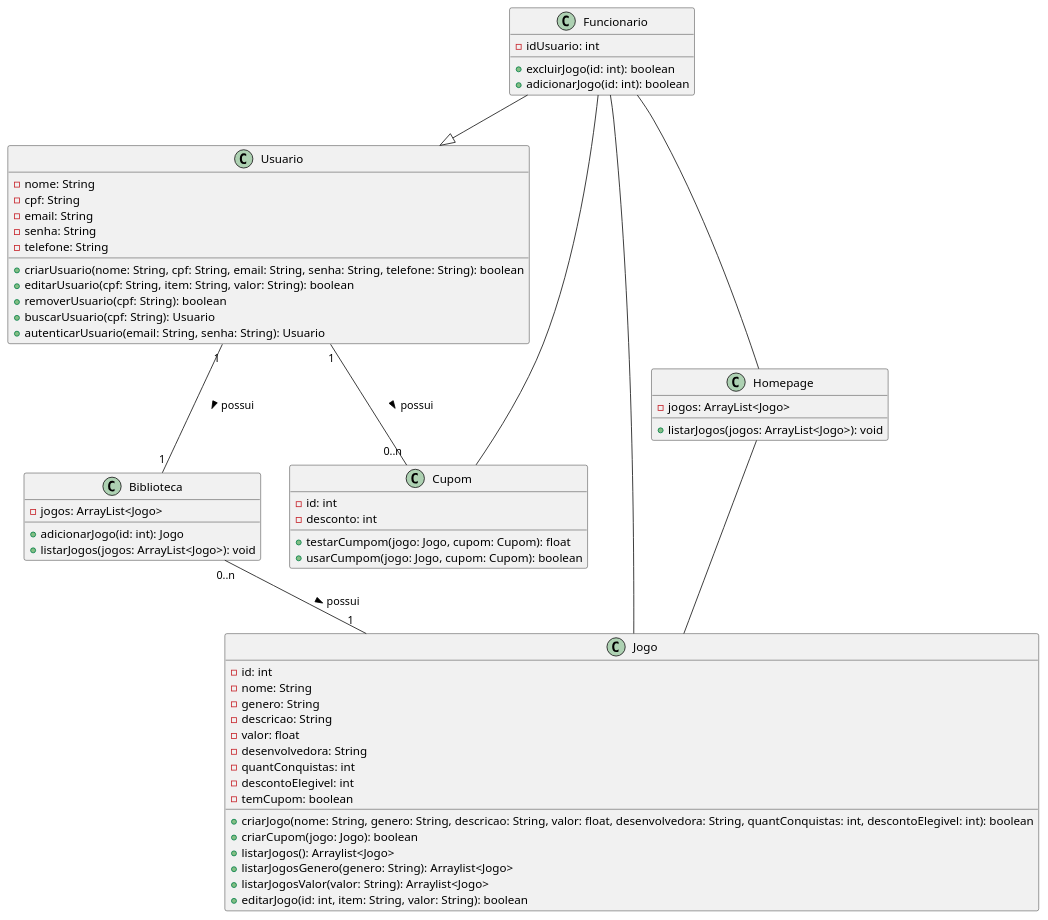
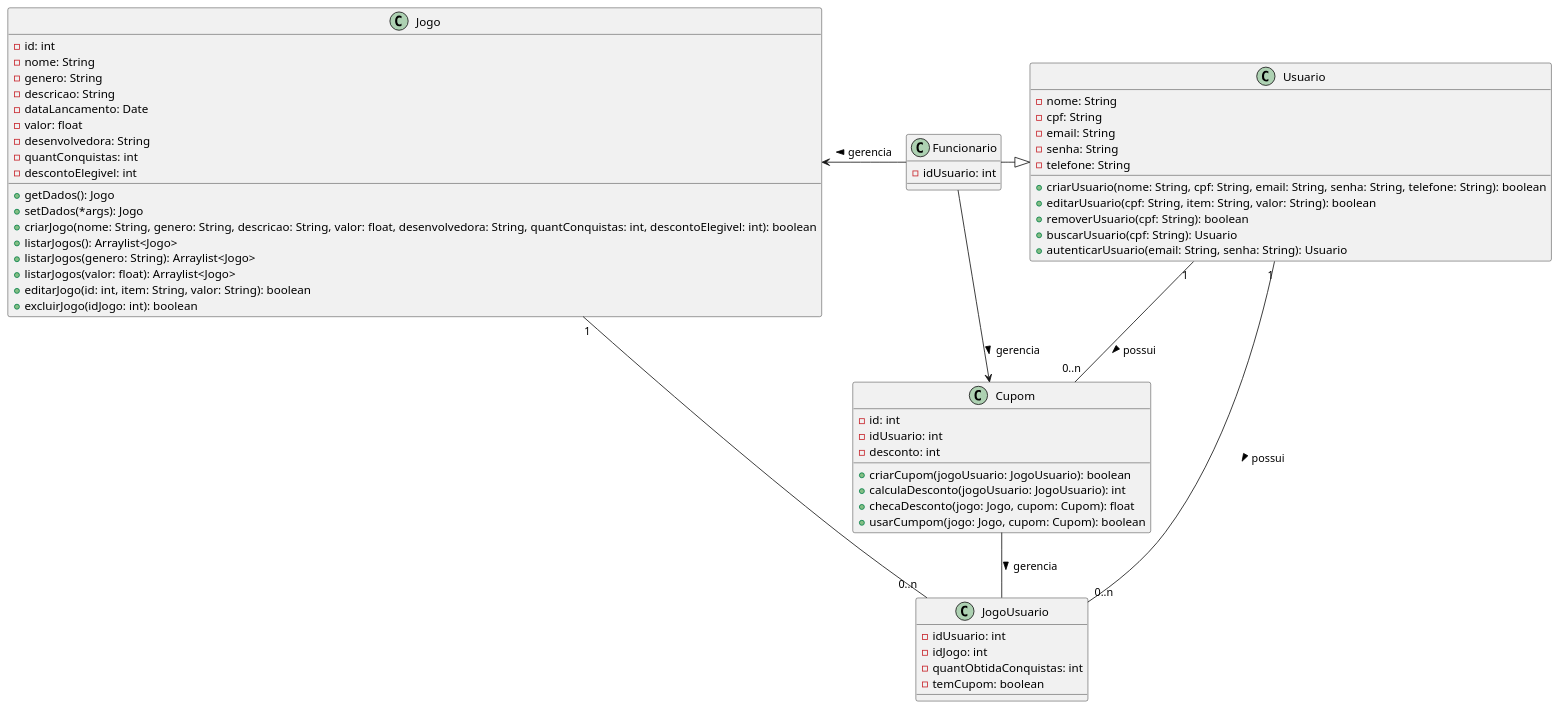
Before and after one commit to queirozPedro/PlatinumPlus: the diagram in ProjetoPDS/desc/DiagramaDeClasses.iuml, drawn with PlantUML. The commit also changed 1 other file, not shown here.

Commit message:
Organizando detalhes do diagrama de classes e criando o sql do banco de dados

```diff
--- a/ProjetoPDS/desc/DiagramaDeClasses.iuml
+++ b/ProjetoPDS/desc/DiagramaDeClasses.iuml
@@ -1,83 +1,73 @@
 @startuml "Diagrama de Classes"
 
     class Usuario{
         -nome: String
         -cpf: String
         -email: String
         -senha: String
         -telefone: String
 
         +criarUsuario(nome: String, cpf: String, email: String, senha: String, telefone: String): boolean
         +editarUsuario(cpf: String, item: String, valor: String): boolean
         +removerUsuario(cpf: String): boolean
         +buscarUsuario(cpf: String): Usuario
         +autenticarUsuario(email: String, senha: String): Usuario
     }
 
     class Funcionario{
         -idUsuario: int
-
-        +excluirJogo(id: int): boolean
-        +adicionarJogo(id: int): boolean
     }
 
-    Funcionario --|> Usuario
-
-    Funcionario -- Jogo
-
-    Funcionario -- Cupom
+    Funcionario -right-|> Usuario
 
     class Jogo{
         -id: int
         -nome: String
         -genero: String
         -descricao: String
+        -dataLancamento: Date
         -valor: float
         -desenvolvedora: String
         -quantConquistas: int
         -descontoElegivel: int
-        -temCupom: boolean
 
+        +getDados(): Jogo
+        +setDados(*args): Jogo
         +criarJogo(nome: String, genero: String, descricao: String, valor: float, desenvolvedora: String, quantConquistas: int, descontoElegivel: int): boolean
-        +criarCupom(jogo: Jogo): boolean
         +listarJogos(): Arraylist<Jogo>
-        +listarJogosGenero(genero: String): Arraylist<Jogo>
-        +listarJogosValor(valor: String): Arraylist<Jogo>
+        +listarJogos(genero: String): Arraylist<Jogo>
+        +listarJogos(valor: float): Arraylist<Jogo>
         +editarJogo(id: int, item: String, valor: String): boolean
-
+        +excluirJogo(idJogo: int): boolean
     }
-
-    ' Usuario "1" --> "0..n" Jogo: possui >
 
     class Cupom{
         -id: int
+        -idUsuario: int
         -desconto: int
 
-        +testarCumpom(jogo: Jogo, cupom: Cupom): float
+        +criarCupom(jogoUsuario: JogoUsuario): boolean
+        +calculaDesconto(jogoUsuario: JogoUsuario): int
+        +checaDesconto(jogo: Jogo, cupom: Cupom): float
         +usarCumpom(jogo: Jogo, cupom: Cupom): boolean
     }
 
+    Cupom -- JogoUsuario: gerencia >
+
+    Funcionario -left-> Jogo: gerencia >
+
+    Funcionario --> Cupom: gerencia >
+
     Usuario "1" -- "0..n" Cupom: possui >
 
-    class Biblioteca{
-        -jogos: ArrayList<Jogo>
-
-        +adicionarJogo(id: int): Jogo
-        +listarJogos(jogos: ArrayList<Jogo>): void
+    class JogoUsuario{
+        -idUsuario: int
+        -idJogo: int
+        -quantObtidaConquistas: int
+        -temCupom: boolean
     }
 
-    Usuario "1" -- "1" Biblioteca: possui >
-
-    Biblioteca "0..n" -- "1" Jogo: possui >
-
-    class Homepage{
-        -jogos: ArrayList<Jogo>
-
-        +listarJogos(jogos: ArrayList<Jogo>): void
-    }
-
-    Homepage -- Jogo
-
-    Funcionario -- Homepage
+    Usuario "1" -- "0..n" JogoUsuario: possui >
+    JogoUsuario "0..n" -- "1" Jogo
 
 @enduml
```
